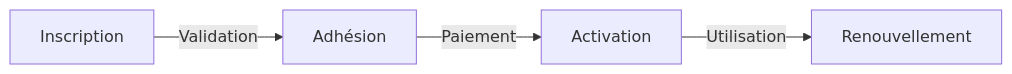
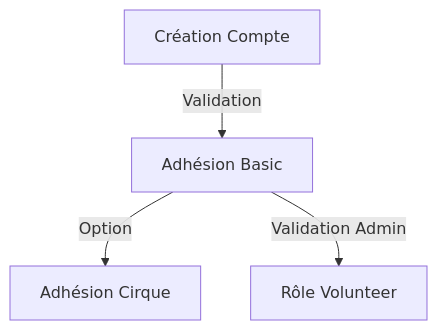
Before and after one commit to LeCircographe-asso/.github: the first of 2 diagrams in docs/business_logic/README.md, drawn with Mermaid. The commit also changed other lines of this file and 21 other files, not shown here.

````diff
--- a/docs/business_logic/README.md
+++ b/docs/business_logic/README.md
@@ -72,6 +33,6 @@
 ```mermaid
-graph LR
-    A[Inscription] -->|Validation| B[Adhésion]
-    B -->|Paiement| C[Activation]
-    C -->|Utilisation| D[Renouvellement]
+graph TD
+    A[Création Compte] -->|Validation| B[Adhésion Basic]
+    B -->|Option| C[Adhésion Cirque]
+    B -->|Validation Admin| D[Rôle Volunteer]
 ```
````
